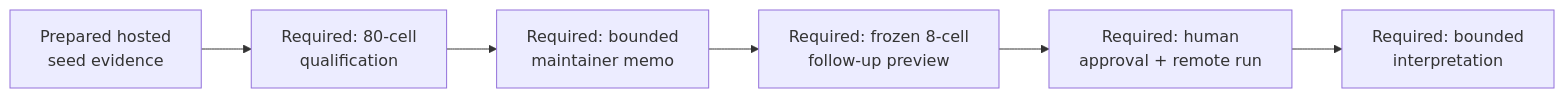
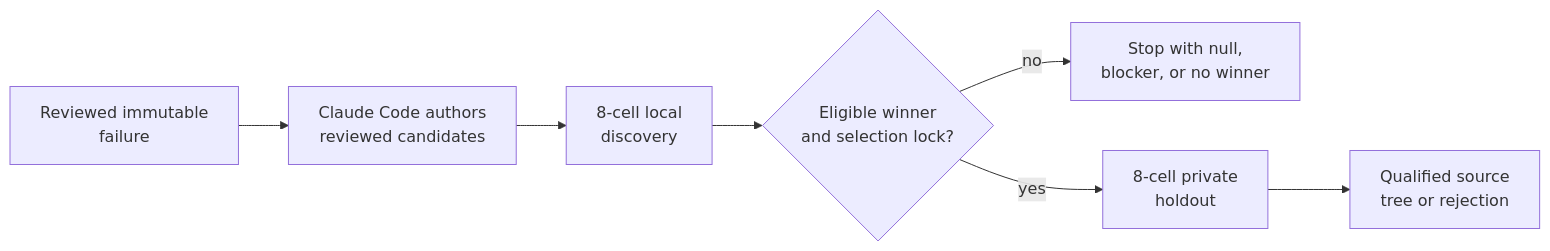
The first of 3 diagrams in docs/articles/fugue-agentic-software-factory/fugue-4b-trace-to-release-decision/article.md (ash0ts/fugue), drawn with Mermaid before and after one commit. The commit also changed other lines of this file and 104 other files, not shown here.

````diff
--- a/docs/articles/fugue-agentic-software-factory/fugue-4b-trace-to-release-decision/article.md
+++ b/docs/articles/fugue-agentic-software-factory/fugue-4b-trace-to-release-decision/article.md
@@ -96,8 +125,9 @@
 ```mermaid
 flowchart LR
-    SEED["Prepared hosted<br/>seed evidence"] --> FULL["Required: 80-cell<br/>qualification"]
-    FULL --> MEMO["Required: bounded<br/>maintainer memo"]
-    MEMO --> PROP["Required: frozen 8-cell<br/>follow-up preview"]
-    PROP --> LIVE["Required: human<br/>approval + remote run"]
-    LIVE --> UPDATE["Required: bounded<br/>interpretation"]
+    FAIL["Reviewed immutable<br/>failure"] --> EDIT["Claude Code authors<br/>reviewed candidates"]
+    EDIT --> DISC["8-cell local<br/>discovery"]
+    DISC --> LOCK{"Eligible winner<br/>and selection lock?"}
+    LOCK -->|no| STOP["Stop with null,<br/>blocker, or no winner"]
+    LOCK -->|yes| HOLD["8-cell private<br/>holdout"]
+    HOLD --> TREE["Qualified source<br/>tree or rejection"]
 ```
````
